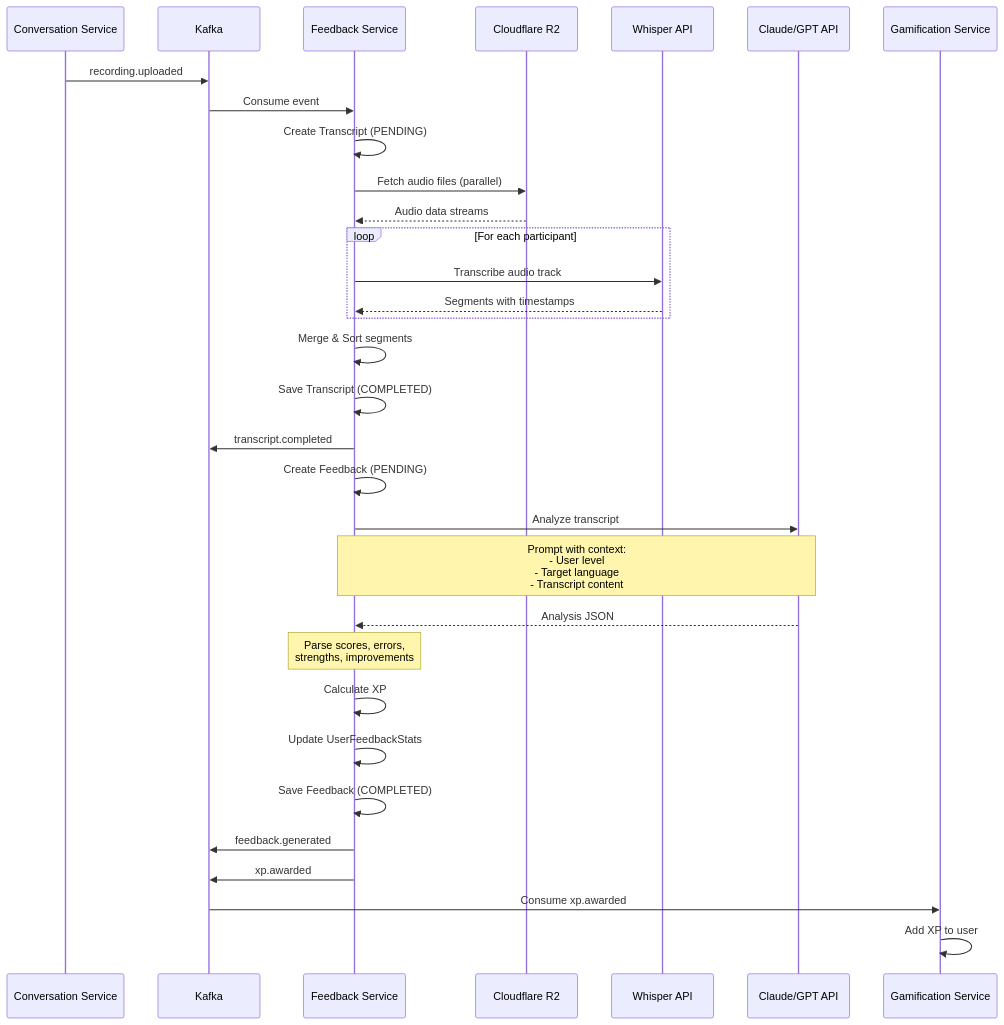
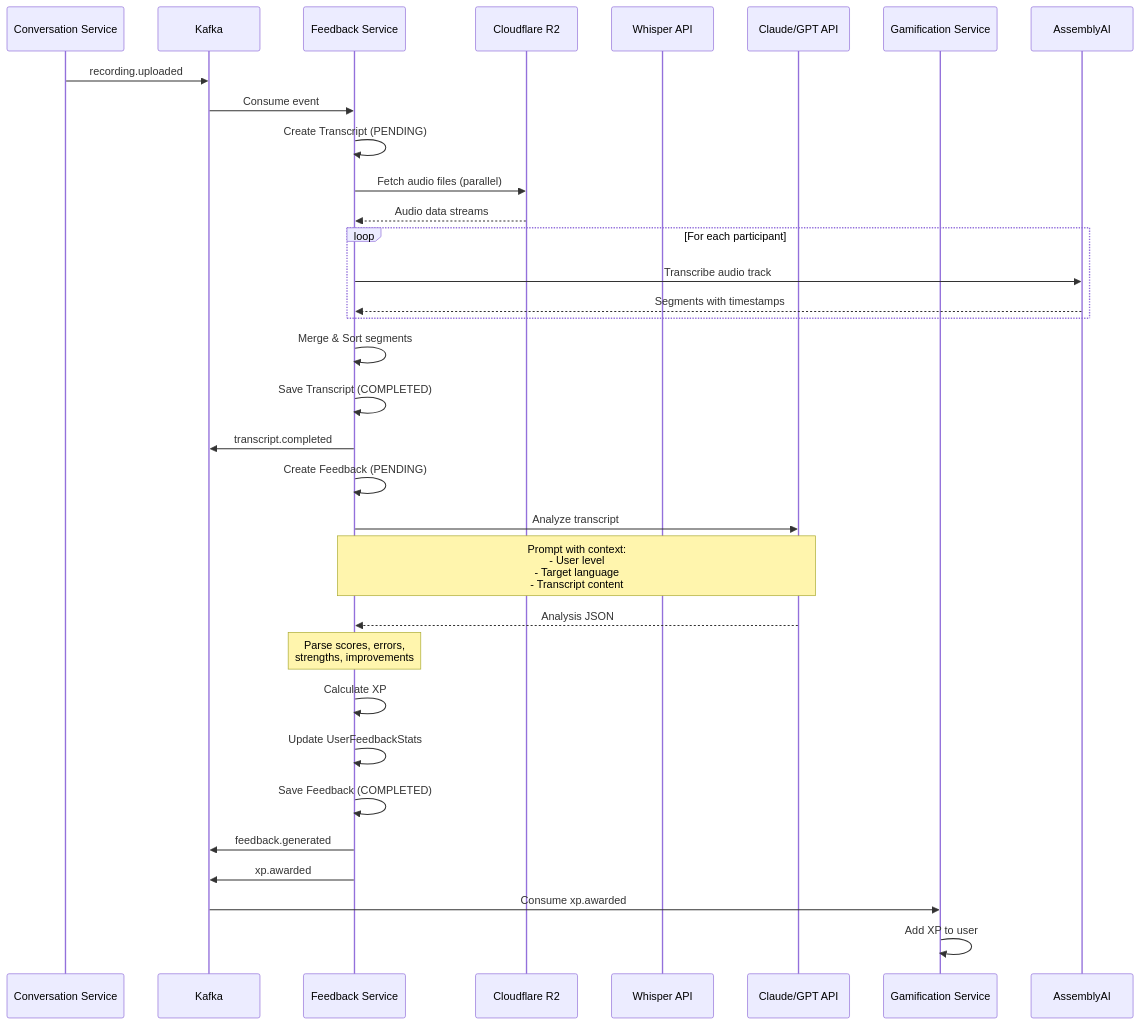
The second of 6 diagrams in 04-feedback-service/DIAGRAMS.md (we-speak-org/wespeak-specifications), drawn with Mermaid before and after one commit. The commit also changed 5 other files, not shown here.

Commit message:
docs: replace Whisper with AssemblyAI in feedback-service specs

````diff
--- a/04-feedback-service/DIAGRAMS.md
+++ b/04-feedback-service/DIAGRAMS.md
@@ -82,44 +82,44 @@
 ```mermaid
 sequenceDiagram
     participant CS as Conversation Service
     participant Kafka as Kafka
     participant FS as Feedback Service
     participant R2 as Cloudflare R2
     participant Whisper as Whisper API
     participant LLM as Claude/GPT API
     participant GS as Gamification Service
 
     CS->>Kafka: recording.uploaded
     Kafka->>FS: Consume event
     
     FS->>FS: Create Transcript (PENDING)
     FS->>R2: Fetch audio files (parallel)
     R2-->>FS: Audio data streams
     
     loop For each participant
-        FS->>Whisper: Transcribe audio track
-        Whisper-->>FS: Segments with timestamps
+        FS->>AssemblyAI: Transcribe audio track
+        AssemblyAI-->>FS: Segments with timestamps
     end
 
     FS->>FS: Merge & Sort segments
     
     FS->>FS: Save Transcript (COMPLETED)
     FS->>Kafka: transcript.completed
     
     FS->>FS: Create Feedback (PENDING)
     FS->>LLM: Analyze transcript
     Note over FS,LLM: Prompt with context:<br/>- User level<br/>- Target language<br/>- Transcript content
     
     LLM-->>FS: Analysis JSON
     Note over FS: Parse scores, errors,<br/>strengths, improvements
     
     FS->>FS: Calculate XP
     FS->>FS: Update UserFeedbackStats
     FS->>FS: Save Feedback (COMPLETED)
     
     FS->>Kafka: feedback.generated
     FS->>Kafka: xp.awarded
     
     Kafka->>GS: Consume xp.awarded
     GS->>GS: Add XP to user
 ```
````
